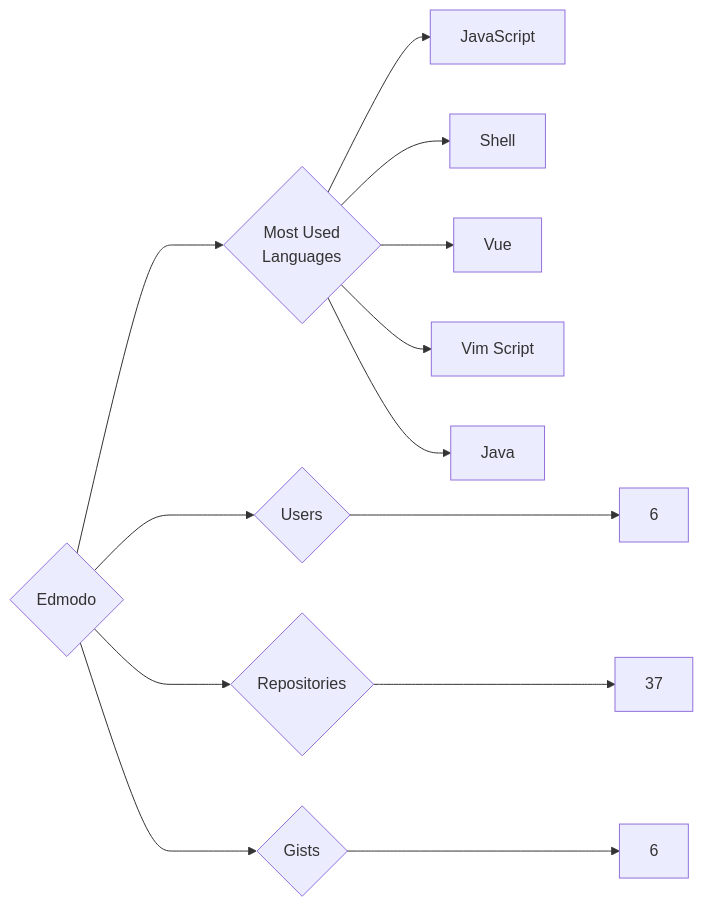
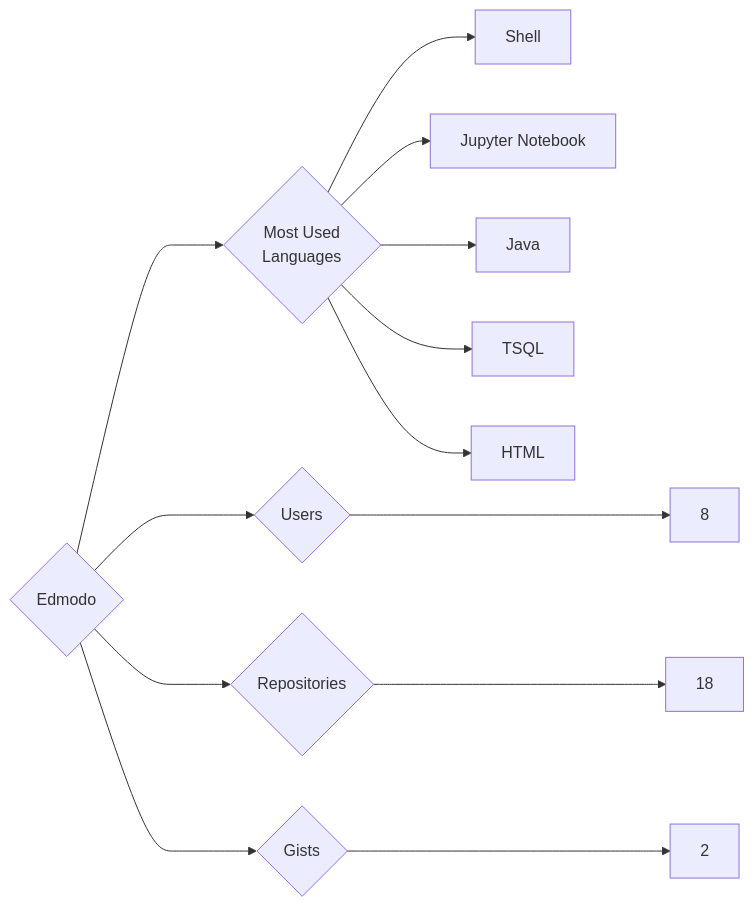
The diagram in targets/Edmodo/README.md (trickest/insiders), drawn with Mermaid before and after one commit. The commit also changed 1148 other files, not shown here.

````diff
--- a/targets/Edmodo/README.md
+++ b/targets/Edmodo/README.md
@@ -3,13 +3,13 @@
 ```mermaid
 graph LR
 COMPANY_NAME{Edmodo}
-COMPANY_NAME ---> U{Users} ---> UN[6]
-COMPANY_NAME ---> R{Repositories} ---> RN[37]
-COMPANY_NAME ---> G{Gists} ---> GN[6]
+COMPANY_NAME ---> U{Users} ---> UN[8]
+COMPANY_NAME ---> R{Repositories} ---> RN[18]
+COMPANY_NAME ---> G{Gists} ---> GN[2]
 COMPANY_NAME ---> ML{Most Used<br>Languages}
-ML --> JavaScript[JavaScript]
 ML --> Shell[Shell]
-ML --> Vue[Vue]
-ML --> Vim_Script[Vim Script]
+ML --> Jupyter_Notebook[Jupyter Notebook]
 ML --> Java[Java]
+ML --> TSQL[TSQL]
+ML --> HTML[HTML]
 ```
````
